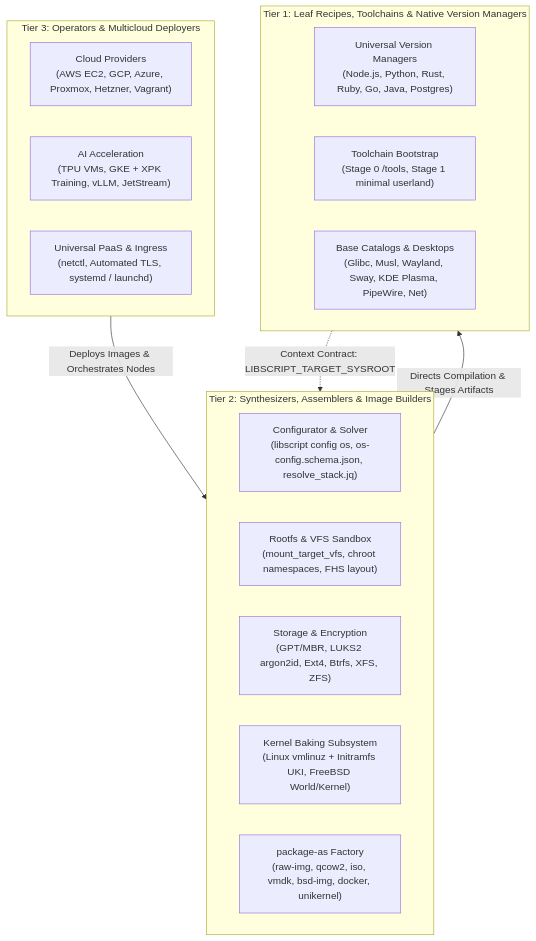
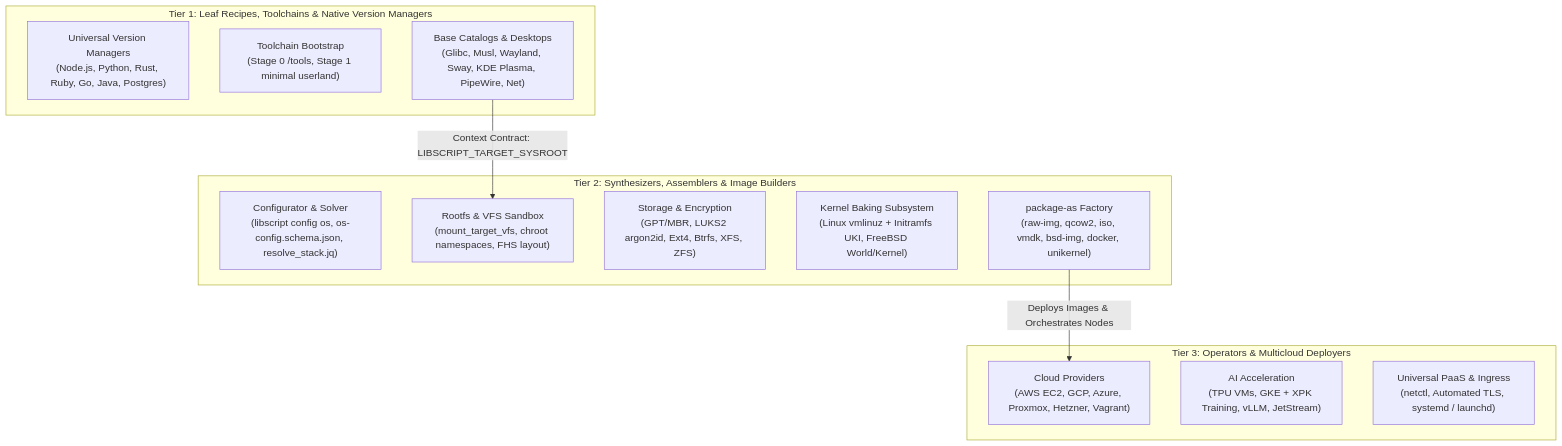
One commit to SamuelMarks/libscript changed the third of 5 diagrams in README.md. Above: the diagram before and after it, drawn with Mermaid. The commit also changed other lines of this file and 224 other files, not shown here.

````diff
--- a/README.md
+++ b/README.md
@@ -108,26 +135,25 @@
 ```mermaid
 flowchart TD
-    subgraph Tier3[Tier 3: Operators & Multicloud Deployers]
-        T3_Cloud["Cloud Providers<br/>(AWS EC2, GCP, Azure, Proxmox, Hetzner, Vagrant)"]
-        T3_AI["AI Acceleration<br/>(TPU VMs, GKE + XPK Training, vLLM, JetStream)"]
-        T3_PaaS["Universal PaaS & Ingress<br/>(netctl, Automated TLS, systemd / launchd)"]
+    subgraph Tier1["Tier 1: Leaf Recipes, Toolchains & Native Version Managers"]
+        T1_VM["Universal Version Managers<br/>(Node.js, Python, Rust, Ruby, Go, Java, Postgres)"]
+        T1_Bootstrap["Toolchain Bootstrap<br/>(Stage 0 /tools, Stage 1 minimal userland)"]
+        T1_Base["Base Catalogs & Desktops<br/>(Glibc, Musl, Wayland, Sway, KDE Plasma, PipeWire, Net)"]
     end
 
-    subgraph Tier2[Tier 2: Synthesizers, Assemblers & Image Builders]
+    subgraph Tier2["Tier 2: Synthesizers, Assemblers & Image Builders"]
         T2_Config["Configurator & Solver<br/>(libscript config os, os-config.schema.json, resolve_stack.jq)"]
         T2_VFS["Rootfs & VFS Sandbox<br/>(mount_target_vfs, chroot namespaces, FHS layout)"]
         T2_Storage["Storage & Encryption<br/>(GPT/MBR, LUKS2 argon2id, Ext4, Btrfs, XFS, ZFS)"]
         T2_Kernel["Kernel Baking Subsystem<br/>(Linux vmlinuz + Initramfs UKI, FreeBSD World/Kernel)"]
         T2_Package["package-as Factory<br/>(raw-img, qcow2, iso, vmdk, bsd-img, docker, unikernel)"]
     end
 
-    subgraph Tier1[Tier 1: Leaf Recipes, Toolchains & Native Version Managers]
-        T1_VM["Universal Version Managers<br/>(Node.js, Python, Rust, Ruby, Go, Java, Postgres)"]
-        T1_Bootstrap["Toolchain Bootstrap<br/>(Stage 0 /tools, Stage 1 minimal userland)"]
-        T1_Base["Base Catalogs & Desktops<br/>(Glibc, Musl, Wayland, Sway, KDE Plasma, PipeWire, Net)"]
+    subgraph Tier3["Tier 3: Operators & Multicloud Deployers"]
+        T3_Cloud["Cloud Providers<br/>(AWS EC2, GCP, Azure, Proxmox, Hetzner, Vagrant)"]
+        T3_AI["AI Acceleration<br/>(TPU VMs, GKE + XPK Training, vLLM, JetStream)"]
+        T3_PaaS["Universal PaaS & Ingress<br/>(netctl, Automated TLS, systemd / launchd)"]
     end
 
-    Tier3 -->|Deploys Images & Orchestrates Nodes| Tier2
-    Tier2 -->|Directs Compilation & Stages Artifacts| Tier1
-    Tier1 -.->|Context Contract: LIBSCRIPT_TARGET_SYSROOT| Tier2
+    T1_Base -->|Context Contract: LIBSCRIPT_TARGET_SYSROOT| T2_VFS
+    T2_Package -->|Deploys Images & Orchestrates Nodes| T3_Cloud
 ```
````
